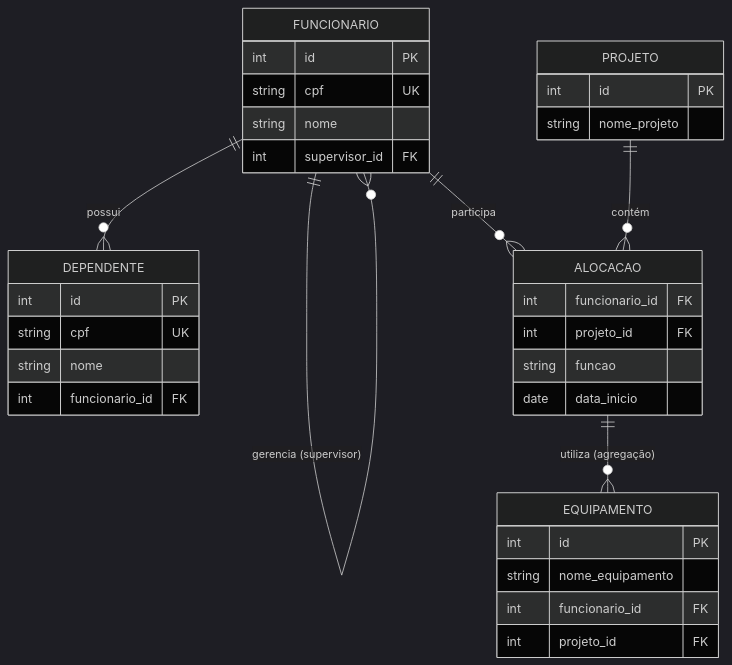
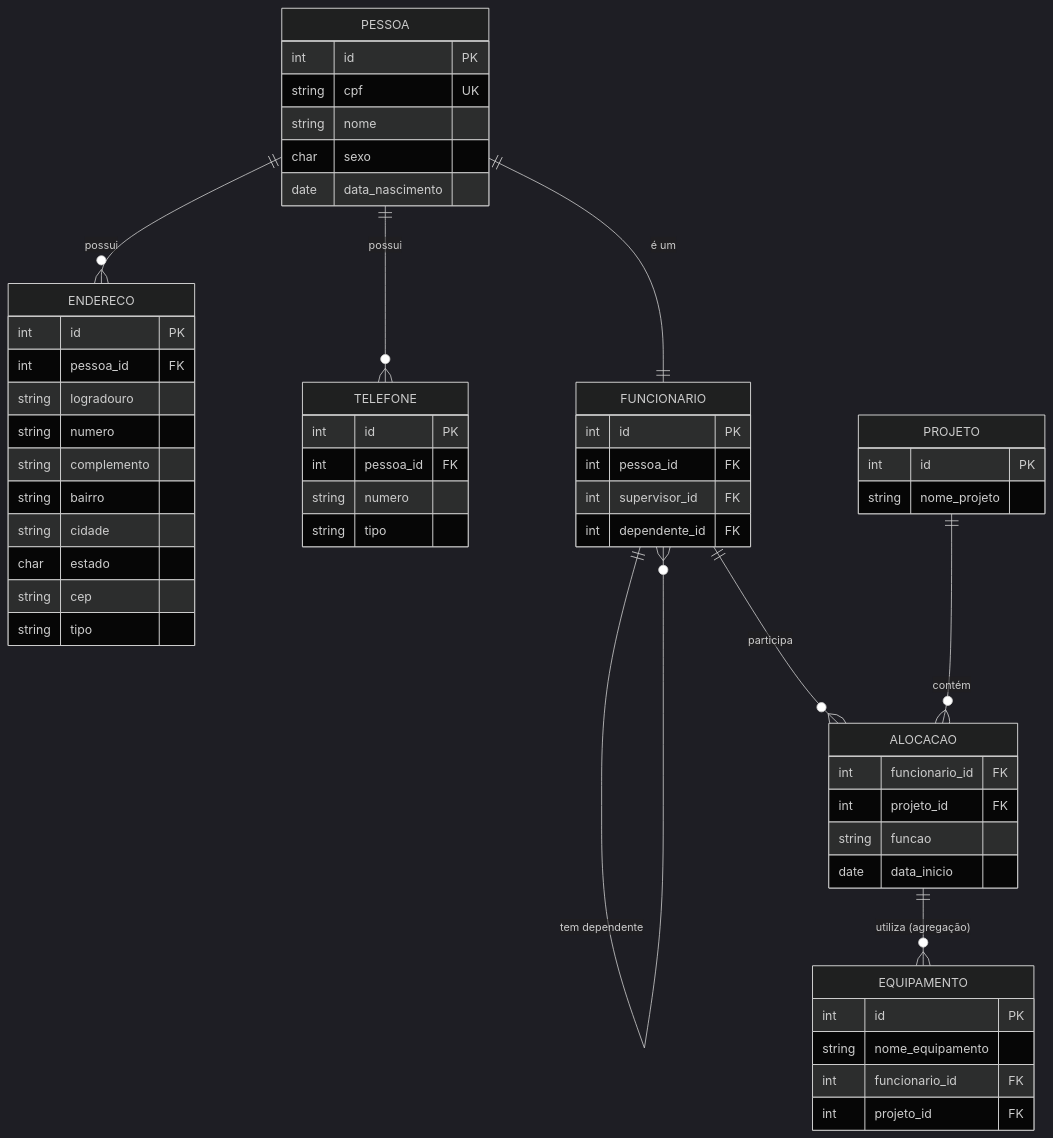
One commit to AndreAeusy/projeto-bd-agregacaomsksis changed the diagram in README.md. Above: the diagram before and after it, drawn with Mermaid (dark theme). The commit also changed other lines of this file, not shown here.

First line of the commit message:
Revise ER diagram and modeling decisions in README

````diff
--- a/README.md
+++ b/README.md
@@ -10,41 +10,65 @@
 ```mermaid
 erDiagram
-  FUNCIONARIO ||--o{ FUNCIONARIO : "gerencia (supervisor)"
-  FUNCIONARIO ||--o{ DEPENDENTE : "possui"
+  PESSOA ||--o{ ENDERECO : "possui"
+  PESSOA ||--o{ TELEFONE : "possui"
+  PESSOA ||--|| FUNCIONARIO : "é um"
+  FUNCIONARIO ||--o{ FUNCIONARIO : "supervisiona"
+  FUNCIONARIO ||--o{ FUNCIONARIO : "tem dependente"
   FUNCIONARIO ||--o{ ALOCACAO : "participa"
   PROJETO ||--o{ ALOCACAO : "contém"
   ALOCACAO ||--o{ EQUIPAMENTO : "utiliza (agregação)"
 
-  FUNCIONARIO {
+  PESSOA {
     int id PK
     string cpf UK
     string nome
-    int supervisor_id FK
+    char sexo
+    date data_nascimento
   }
 
-  DEPENDENTE {
+  ENDERECO {
     int id PK
-    string cpf UK
-    string nome
-    int funcionario_id FK
+    int pessoa_id FK
+    string logradouro
+    string numero
+    string complemento
+    string bairro
+    string cidade
+    char estado
+    string cep
+    string tipo
+  }
+
+  TELEFONE {
+    int id PK
+    int pessoa_id FK
+    string numero
+    string tipo
+  }
+
+  FUNCIONARIO {
+    int id PK
+    int pessoa_id FK
+    int supervisor_id FK
+    int dependente_id FK
   }
 
   PROJETO {
     int id PK
     string nome_projeto
   }
 
   ALOCACAO {
     int funcionario_id FK
     int projeto_id FK
     string funcao
     date data_inicio
   }
 
   EQUIPAMENTO {
     int id PK
     string nome_equipamento
     int funcionario_id FK
     int projeto_id FK
   }
 ```
````
